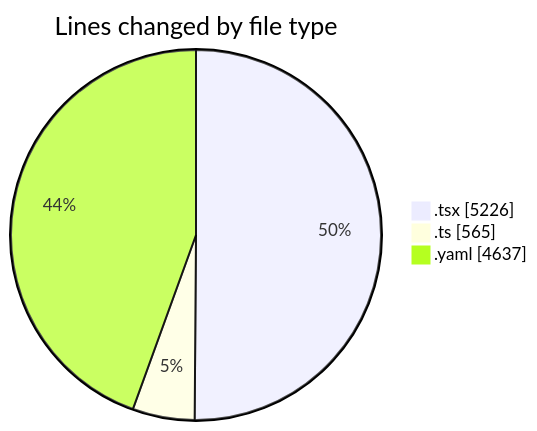
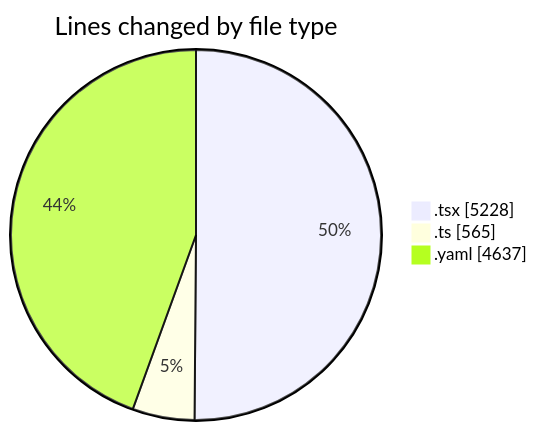
One commit to julien-gomy/code-tracking changed the first of 2 diagrams in 2025-10-13/eventscop-frontend-guide__workspace_/README.md. Above: the diagram before and after it, drawn with Mermaid. The commit also changed other lines of this file and 1 other file, not shown here.

````diff
--- a/2025-10-13/eventscop-frontend-guide__workspace_/README.md
+++ b/2025-10-13/eventscop-frontend-guide__workspace_/README.md
@@ -44,7 +44,7 @@
 ```mermaid
 pie showData
 title Lines changed by file type
-".tsx" : 5226
+".tsx" : 5228
 ".ts" : 565
 ".yaml" : 4637
 ```
````
